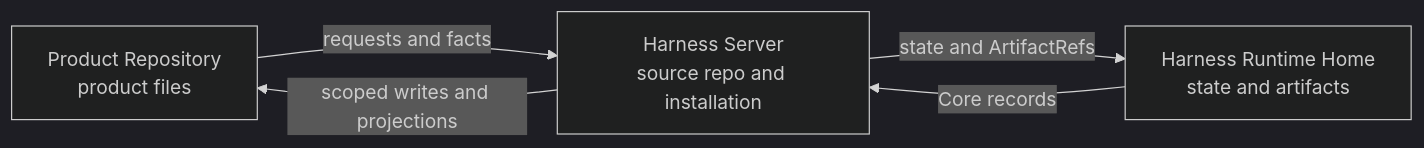
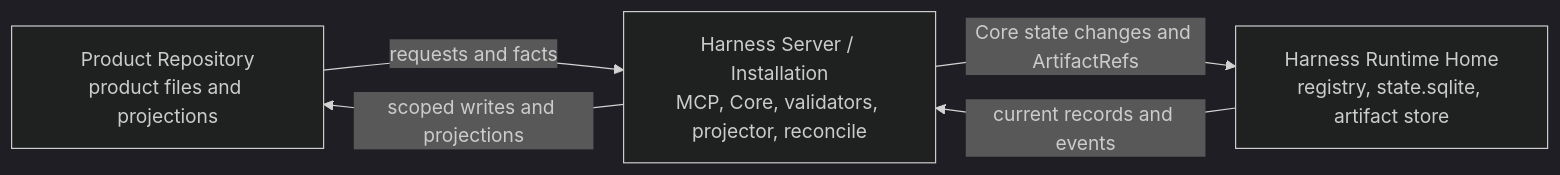
One commit to minjungw00/Harness_Project changed the first of 2 diagrams in docs/en/reference/runtime-architecture.md. Above: the diagram before and after it, drawn with Mermaid (dark theme). The commit also changed other lines of this file and 26 other files, not shown here.

Commit message:
docs: normalize diagrams and reader navigation paths

````diff
--- a/docs/en/reference/runtime-architecture.md
+++ b/docs/en/reference/runtime-architecture.md
@@ -70,11 +72,11 @@
 ```mermaid
 flowchart LR
-  Repo["Product Repository<br/>product files"]
-  Server["Harness Server<br/>source repo and installation"]
-  Home["Harness Runtime Home<br/>state and artifacts"]
+  Repo["Product Repository<br/>product files and projections"]
+  Server["Harness Server / Installation<br/>MCP, Core, validators, projector, reconcile"]
+  Home["Harness Runtime Home<br/>registry, state.sqlite, artifact store"]
 
   Repo -->|requests and facts| Server
   Server -->|scoped writes and projections| Repo
-  Server -->|state and ArtifactRefs| Home
-  Home -->|Core records| Server
+  Server -->|Core state changes and ArtifactRefs| Home
+  Home -->|current records and events| Server
 ```
````
